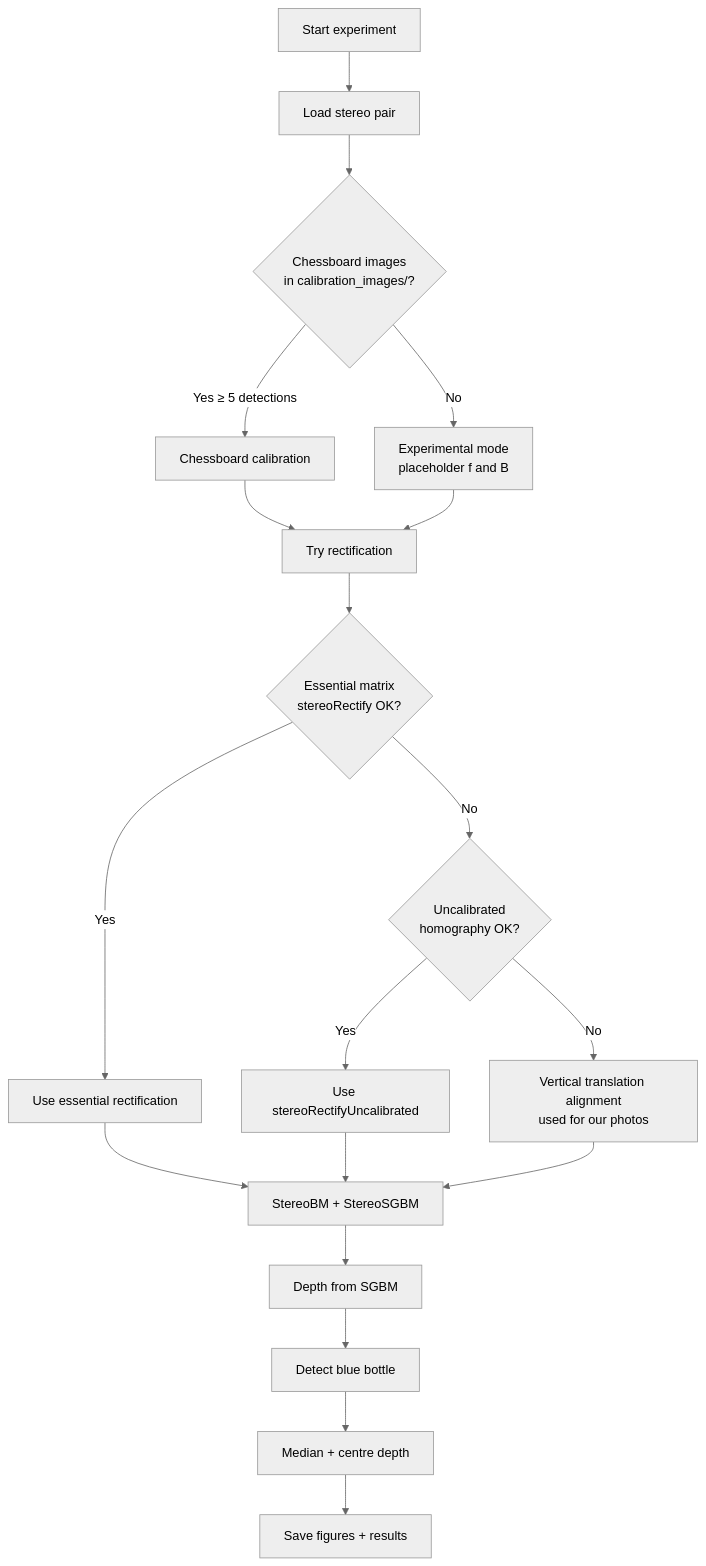
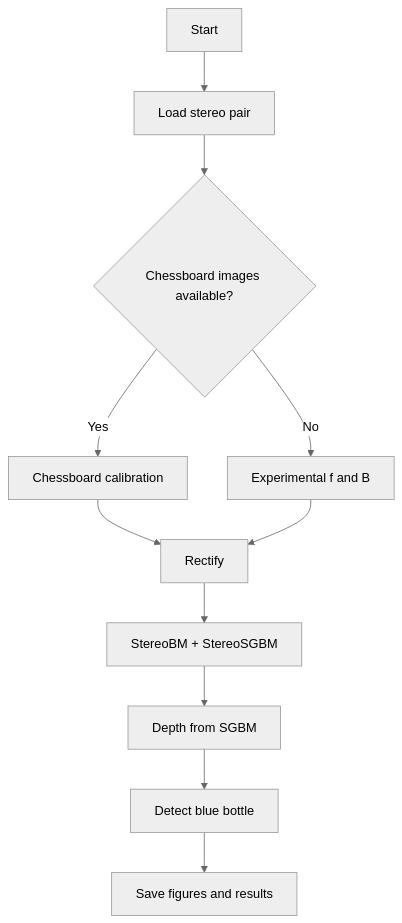
The second of 2 diagrams in README.md (false200/ComputerVision-Lab2), drawn with Mermaid (neutral theme) before and after one commit. The commit also changed other lines of this file and 13 other files, not shown here.

````diff
--- a/README.md
+++ b/README.md
@@ -140,23 +119,13 @@
 ```mermaid
 flowchart TD
-    START[Start experiment] --> LOAD[Load stereo pair]
-    LOAD --> HAS{Chessboard images<br/>in calibration_images/?}
-    HAS -->|Yes ≥ 5 detections| CHESS[Chessboard calibration]
-    HAS -->|No| EXP[Experimental mode<br/>placeholder f and B]
+    START[Start] --> LOAD[Load stereo pair]
+    LOAD --> HAS{Chessboard images available?}
+    HAS -->|Yes| CHESS[Chessboard calibration]
+    HAS -->|No| EXP[Experimental f and B]
     CHESS --> RECT
     EXP --> RECT
-
-    RECT[Try rectification] --> E{Essential matrix<br/>stereoRectify OK?}
-    E -->|Yes| R1[Use essential rectification]
-    E -->|No| U{Uncalibrated<br/>homography OK?}
-    U -->|Yes| R2[Use stereoRectifyUncalibrated]
-    U -->|No| R3[Vertical translation alignment<br/>used for our photos]
-
-    R1 --> DISP
-    R2 --> DISP
-    R3 --> DISP
-    DISP[StereoBM + StereoSGBM] --> DEPTH[Depth from SGBM]
+    RECT[Rectify] --> DISP[StereoBM + StereoSGBM]
+    DISP --> DEPTH[Depth from SGBM]
     DEPTH --> DET[Detect blue bottle]
-    DET --> STATS[Median + centre depth]
-    STATS --> SAVE[Save figures + results]
+    DET --> SAVE[Save figures and results]
 ```
````
